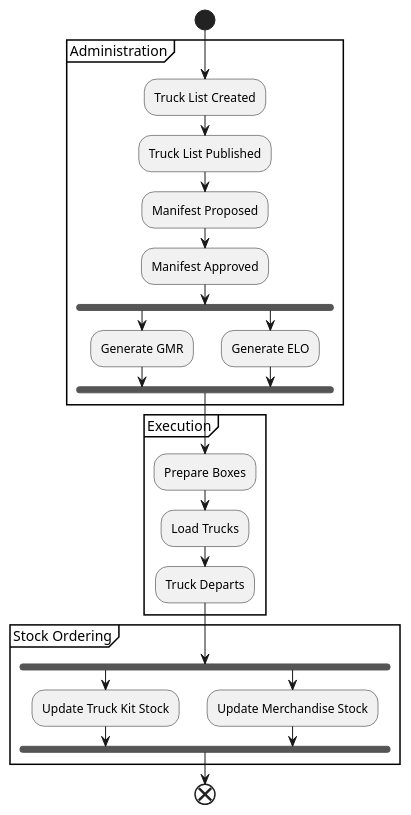
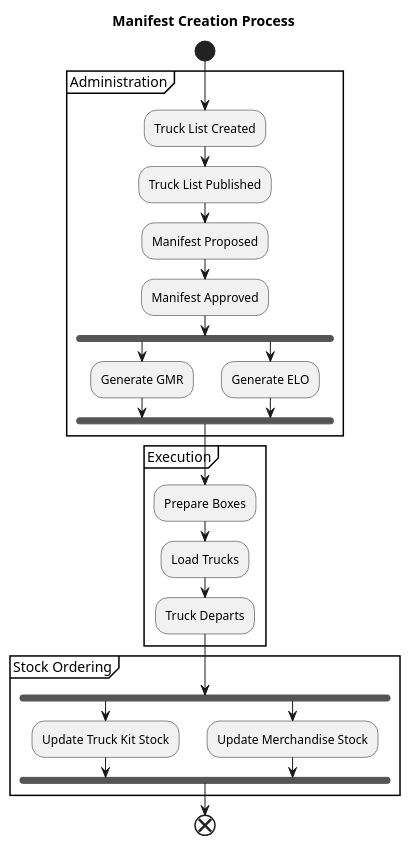
The diagram in docs/process.puml (TheLastColonial/UA.Action.Freedom), drawn with PlantUML before and after one commit. The commit also changed 12 other files, not shown here.

Commit message:
Add C4 Diagrams (#4)

```diff
--- a/docs/process.puml
+++ b/docs/process.puml
@@ -1,40 +1,42 @@
 @startuml Manifest Creation Process
+
+title Manifest Creation Process
 
 start
 
 group Administration {
     
     :Truck List Created;
     :Truck List Published;
     :Manifest Proposed;
     :Manifest Approved;
 
     fork
         :Generate GMR;
     fork again
         :Generate ELO;
     end fork
 
 }
 
 group Execution {
 
     :Prepare Boxes;
     :Load Trucks;
     :Truck Departs;
     
 }
 
 group Stock Ordering {
 
     fork
         :Update Truck Kit Stock;
     fork again
         :Update Merchandise Stock;
     end fork
 
 }
 
 end
 
 @enduml
```
